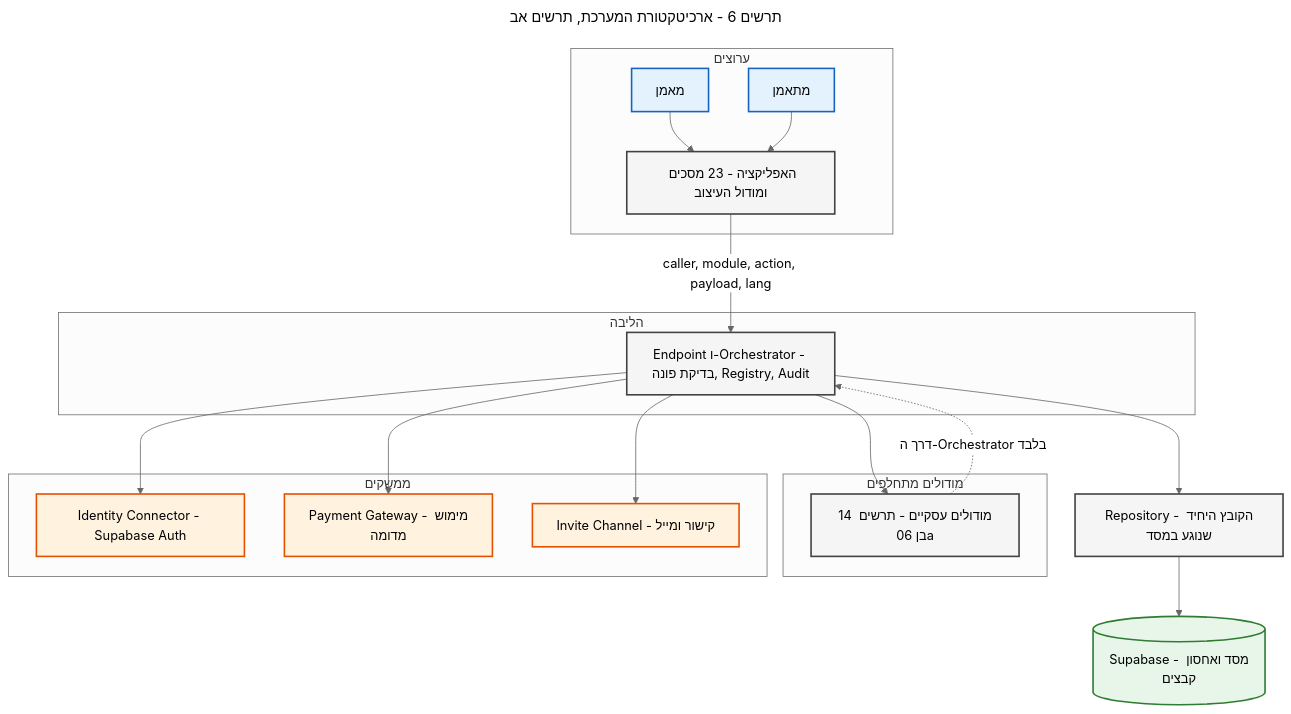
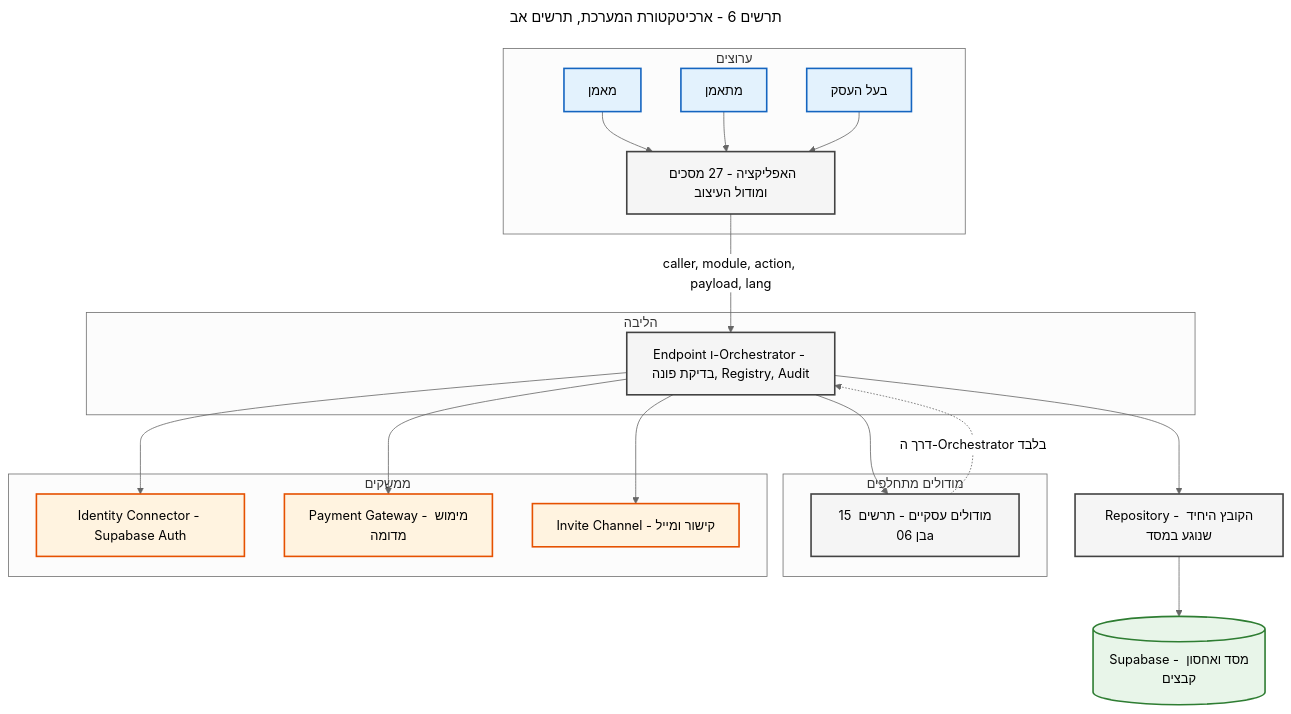
Before and after one commit to Sharpop30/fitness-app: the diagram in project-docs/mermaid/diagram-06-architecture.mmd, drawn with Mermaid (neutral theme). The commit also changed 37 other files, not shown here.

```diff
--- a/project-docs/mermaid/diagram-06-architecture.mmd
+++ b/project-docs/mermaid/diagram-06-architecture.mmd
@@ -1,44 +1,46 @@
 ---
 title: תרשים 6 - ארכיטקטורת המערכת, תרשים אב
 ---
 flowchart TB
     subgraph Channels[ערוצים]
         U1[מאמן]
         U2[מתאמן]
-        APP[האפליקציה - 23 מסכים ומודול העיצוב]
+        U3[בעל העסק]
+        APP[האפליקציה - 27 מסכים ומודול העיצוב]
     end
     subgraph Core[הליבה]
         EP[Endpoint ו-Orchestrator - בדיקת פונה, Registry, Audit]
     end
     subgraph Modules[מודולים מתחלפים]
-        MOD[14 מודולים עסקיים - תרשים בן 06a]
+        MOD[15 מודולים עסקיים - תרשים בן 06a]
     end
     subgraph Interfaces[ממשקים]
         IDN[Identity Connector - Supabase Auth]
         PAY[Payment Gateway - מימוש מדומה]
         INV[Invite Channel - קישור ומייל]
     end
     REPO[Repository - הקובץ היחיד שנוגע במסד]
     DB[(Supabase - מסד ואחסון קבצים)]
 
     U1 --> APP
     U2 --> APP
+    U3 --> APP
     APP -->|caller, module, action, payload, lang| EP
     EP --> MOD
     EP --> IDN
     EP --> PAY
     EP --> INV
     MOD -.->|דרך ה-Orchestrator בלבד| EP
     EP --> REPO
     REPO --> DB
 
-    class U1,U2 person
+    class U1,U2,U3 person
     class APP,EP,MOD,REPO system
     class DB data
     class IDN,PAY,INV external
 
 classDef person fill:#E3F2FD,stroke:#1565C0,stroke-width:2px
 classDef agent fill:#F3E5F5,stroke:#6A1B9A,stroke-width:2px
 classDef system fill:#F5F5F5,stroke:#424242,stroke-width:2px
 classDef data fill:#E8F5E9,stroke:#2E7D32,stroke-width:2px
 classDef external fill:#FFF3E0,stroke:#E65100,stroke-width:2px
```
